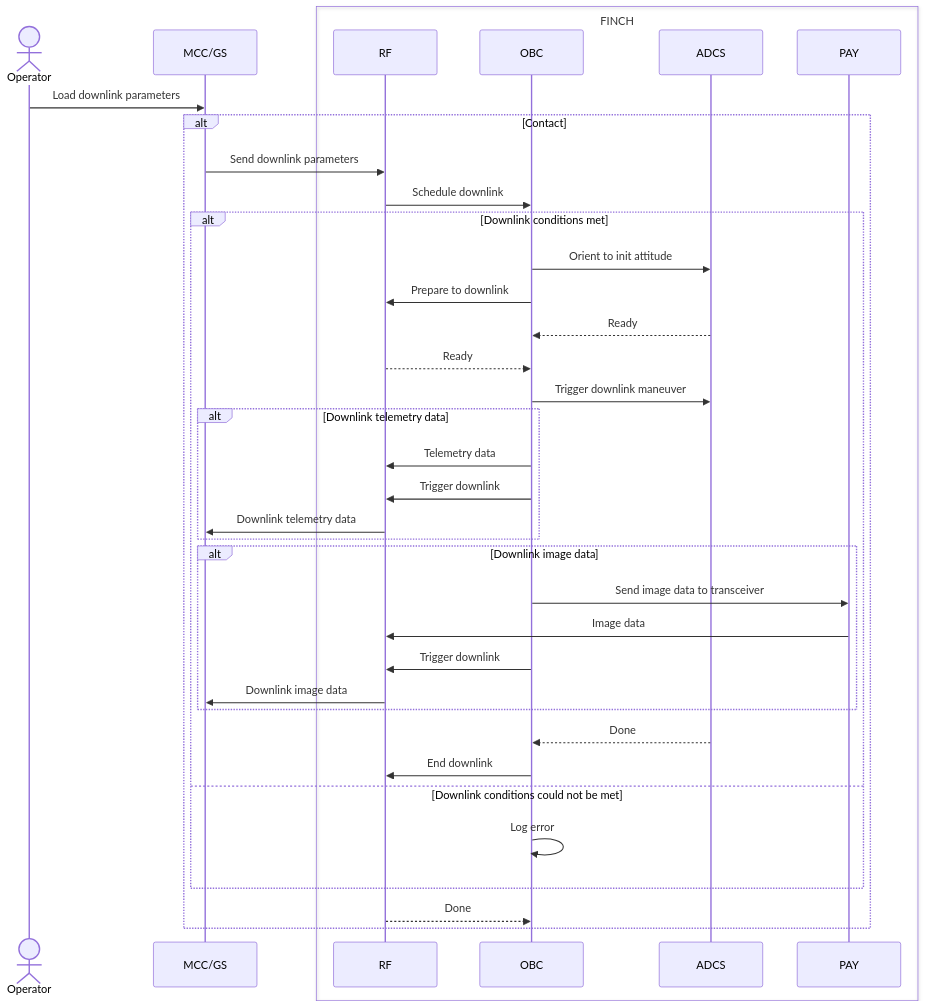
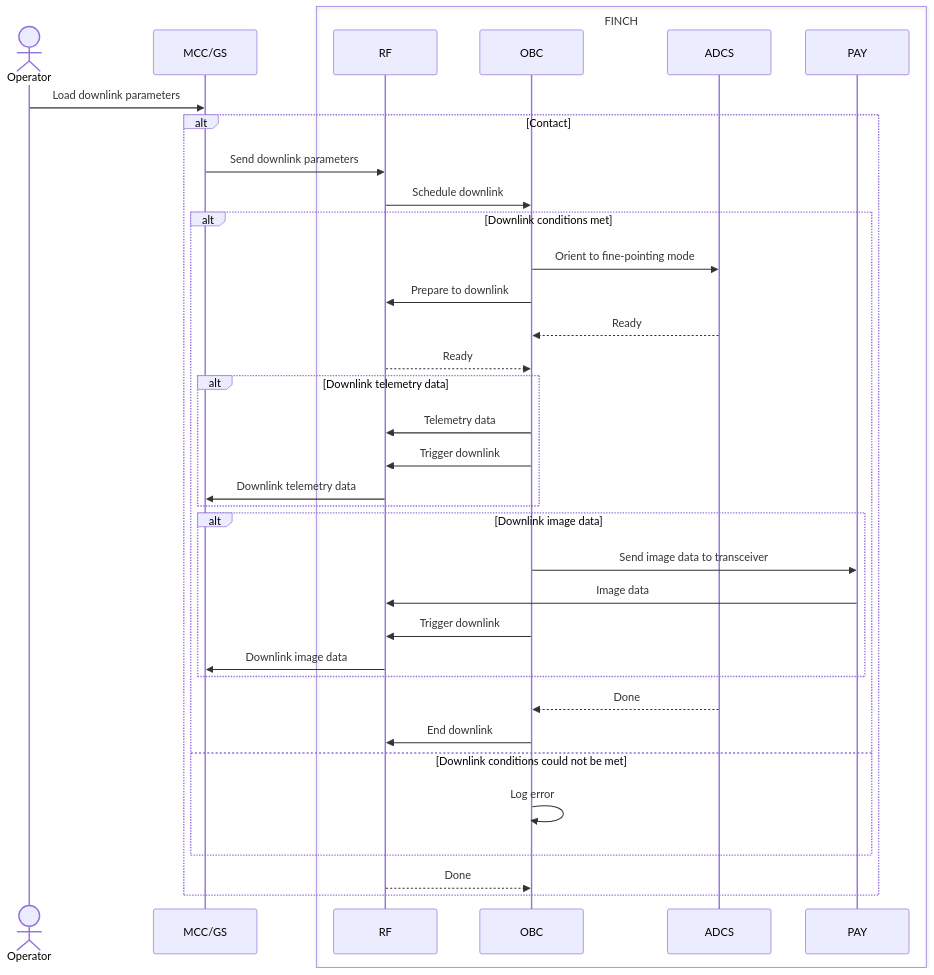
Before and after one commit to utat-ss/FINCH-sequence-diagrams: the diagram in command sequences/downlinking-command.md, drawn with Mermaid.

Commit message:
specify orientation and remove maneuver

````diff
--- a/command sequences/downlinking-command.md
+++ b/command sequences/downlinking-command.md
@@ -2,51 +2,50 @@
 ```mermaid
 
 sequenceDiagram
 
     Actor Operator
     participant MCC/GS
     box FINCH
         participant RF
         participant OBC
         participant ADCS
         participant PAY
     end
 
     Operator->>MCC/GS: Load downlink parameters
     
     alt Contact
         MCC/GS->>RF: Send downlink parameters
         RF->>OBC: Schedule downlink
         
         alt Downlink conditions met
-            OBC->>ADCS: Orient to init attitude
+            OBC->>ADCS: Orient to fine-pointing mode
             OBC->>RF: Prepare to downlink
             ADCS-->>OBC: Ready
             RF-->>OBC: Ready
-            OBC->>ADCS: Trigger downlink maneuver   #unsure about this
 
             alt Downlink telemetry data
                 OBC->>RF: Telemetry data
                 OBC->>RF: Trigger downlink
                 RF->>MCC/GS: Downlink telemetry data 
             end
 
             alt Downlink image data
-                #should we be verifying image compression here? what's the criteria for downlinking an image?
+                # what's the criteria for downlinking an image?
                 OBC->>PAY: Send image data to transceiver
                 PAY->>RF: Image data
                 OBC->>RF: Trigger downlink
                 RF->>MCC/GS: Downlink image data
             end
 
             ADCS-->>OBC: Done
             OBC->>RF: End downlink
             
         else Downlink conditions could not be met
             OBC->>OBC: Log error
         end
     
         RF-->>OBC: Done  
     end
 
 ```
````
